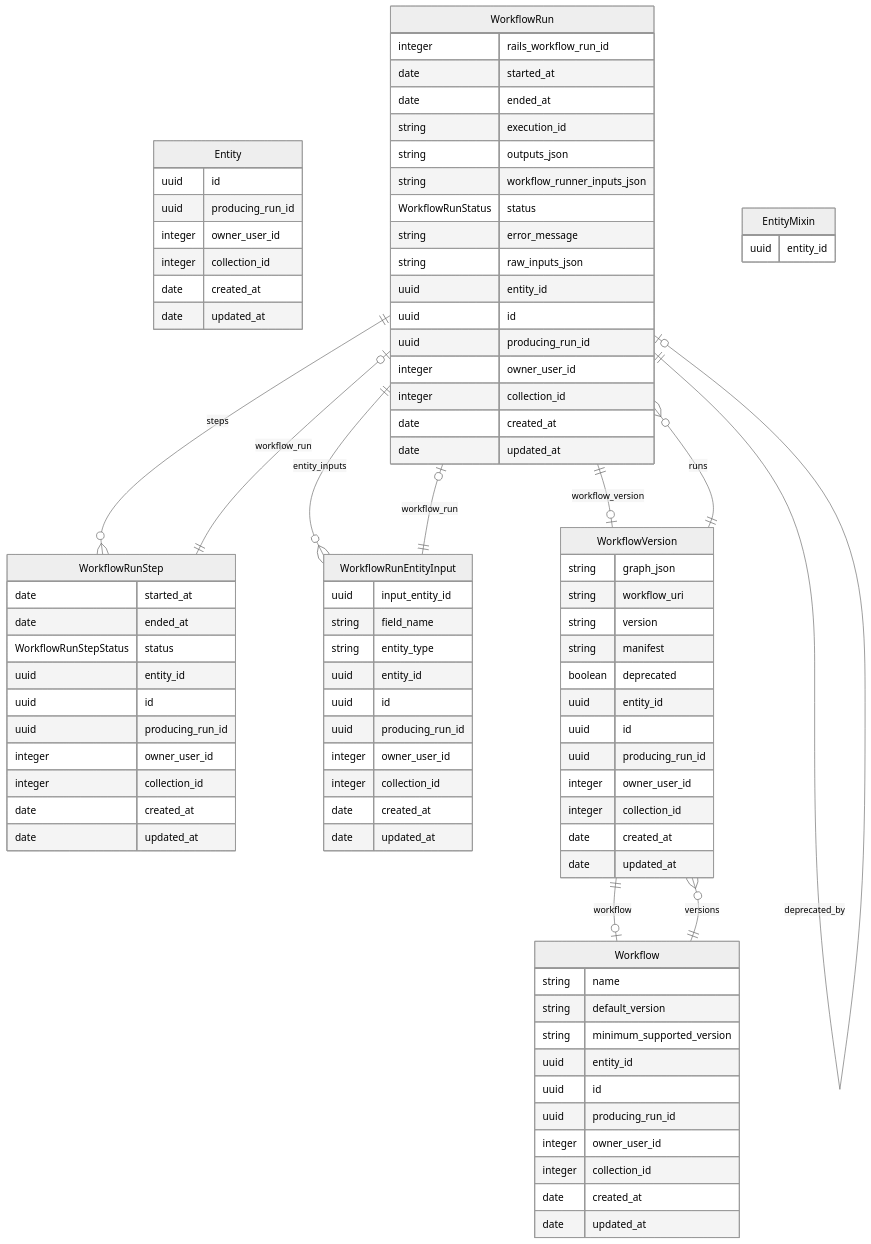
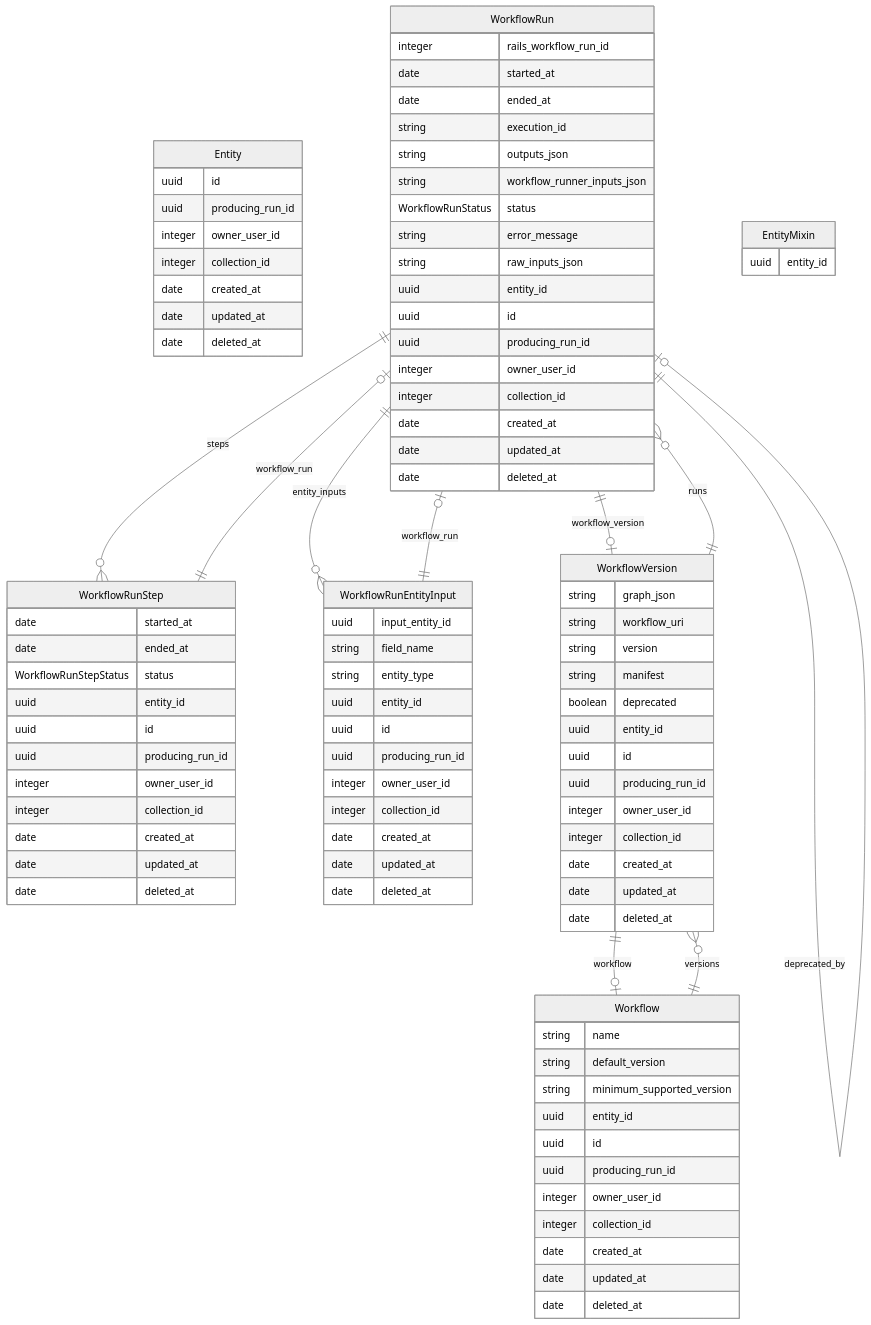
One commit to chanzuckerberg/czid-platformics changed the diagram in workflows/schema/README.md. Above: the diagram before and after it, drawn with Mermaid (neutral theme). The commit also changed 21 other files, not shown here.

```diff
--- a/workflows/schema/README.md
+++ b/workflows/schema/README.md
@@ -7,6 +7,7 @@
     integer collection_id  
     date created_at  
     date updated_at  
+    date deleted_at  
 }
 WorkflowRun {
     integer rails_workflow_run_id  
@@ -25,6 +26,7 @@
     integer collection_id  
     date created_at  
     date updated_at  
+    date deleted_at  
 }
 Workflow {
     string name  
@@ -37,6 +39,7 @@
     integer collection_id  
     date created_at  
     date updated_at  
+    date deleted_at  
 }
 WorkflowRunStep {
     date started_at  
@@ -49,6 +52,7 @@
     integer collection_id  
     date created_at  
     date updated_at  
+    date deleted_at  
 }
 WorkflowRunEntityInput {
     uuid input_entity_id  
@@ -61,6 +65,7 @@
     integer collection_id  
     date created_at  
     date updated_at  
+    date deleted_at  
 }
 WorkflowVersion {
     string graph_json  
@@ -75,6 +80,7 @@
     integer collection_id  
     date created_at  
     date updated_at  
+    date deleted_at  
 }
 EntityMixin {
     uuid entity_id  
```
